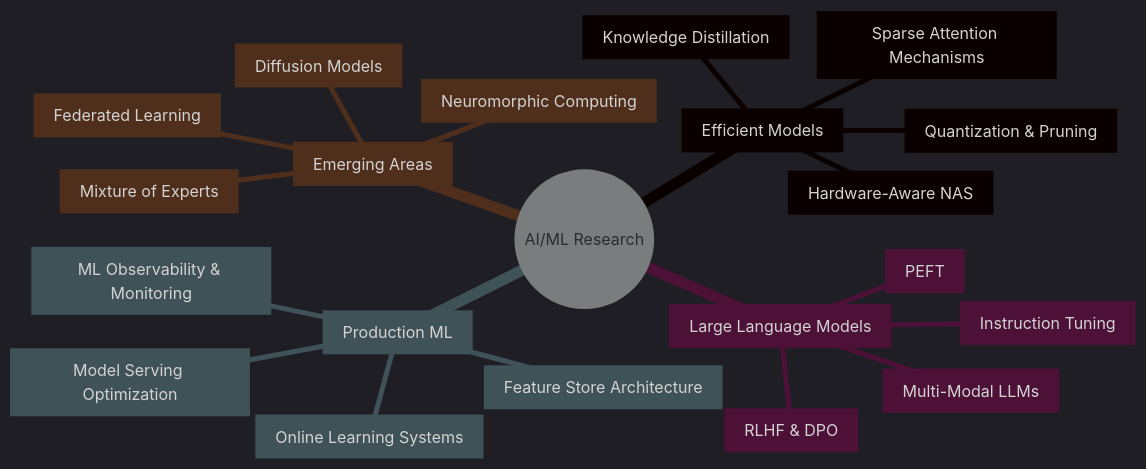
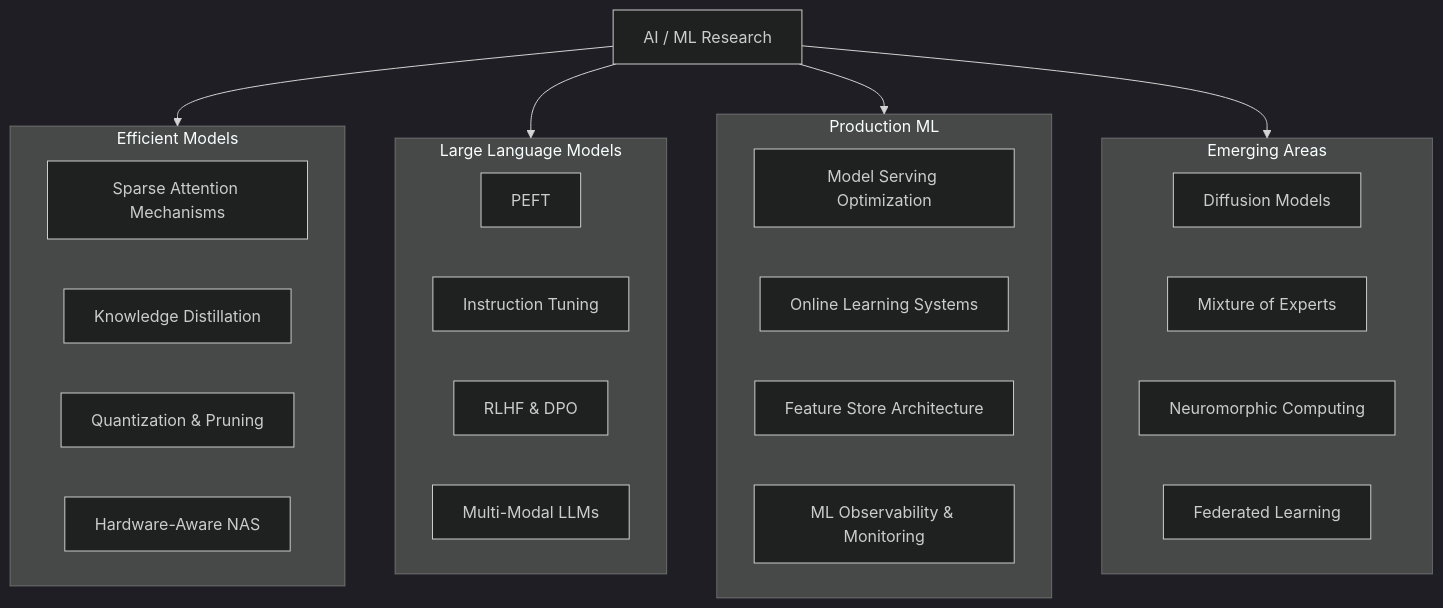
One commit to shivamprasad1001/shivamprasad1001 changed the first of 2 diagrams in README.md. Above: the diagram before and after it, drawn with Mermaid. The commit also changed other lines of this file, not shown here.

Commit message:
Replace mindmap with flowchart in README

````diff
--- a/README.md
+++ b/README.md
@@ -269,30 +226,40 @@
 ```mermaid
 %%{init: {"theme":"dark"}}%%
 
-mindmap
-  root((AI/ML Research))
+flowchart TB
+    A["AI / ML Research"]
 
-    Efficient_Models["Efficient Models"]
-      Sparse_Attention["Sparse Attention Mechanisms"]
-      Knowledge_Distillation["Knowledge Distillation"]
-      Quantization_Pruning["Quantization & Pruning"]
-      Hardware_Aware_NAS["Hardware-Aware NAS"]
+    subgraph B["Efficient Models"]
+      B1["Sparse Attention Mechanisms"]
+      B2["Knowledge Distillation"]
+      B3["Quantization & Pruning"]
+      B4["Hardware-Aware NAS"]
+    end
 
-    Large_Language_Models["Large Language Models"]
-      PEFT["PEFT"]
-      Instruction_Tuning["Instruction Tuning"]
-      RLHF_DPO["RLHF & DPO"]
-      Multi_Modal_LLMs["Multi-Modal LLMs"]
+    subgraph C["Large Language Models"]
+      C1["PEFT"]
+      C2["Instruction Tuning"]
+      C3["RLHF & DPO"]
+      C4["Multi-Modal LLMs"]
+    end
 
-    Production_ML["Production ML"]
-      Model_Serving["Model Serving Optimization"]
-      Online_Learning["Online Learning Systems"]
-      Feature_Store["Feature Store Architecture"]
-      Observability["ML Observability & Monitoring"]
+    subgraph D["Production ML"]
+      D1["Model Serving Optimization"]
+      D2["Online Learning Systems"]
+      D3["Feature Store Architecture"]
+      D4["ML Observability & Monitoring"]
+    end
 
-    Emerging_Areas["Emerging Areas"]
-      Diffusion["Diffusion Models"]
-      MoE["Mixture of Experts"]
-      Neuromorphic["Neuromorphic Computing"]
-      Federated["Federated Learning"]
+    subgraph E["Emerging Areas"]
+      E1["Diffusion Models"]
+      E2["Mixture of Experts"]
+      E3["Neuromorphic Computing"]
+      E4["Federated Learning"]
+    end
+
+    A --> B
+    A --> C
+    A --> D
+    A --> E
+
 ```
````
